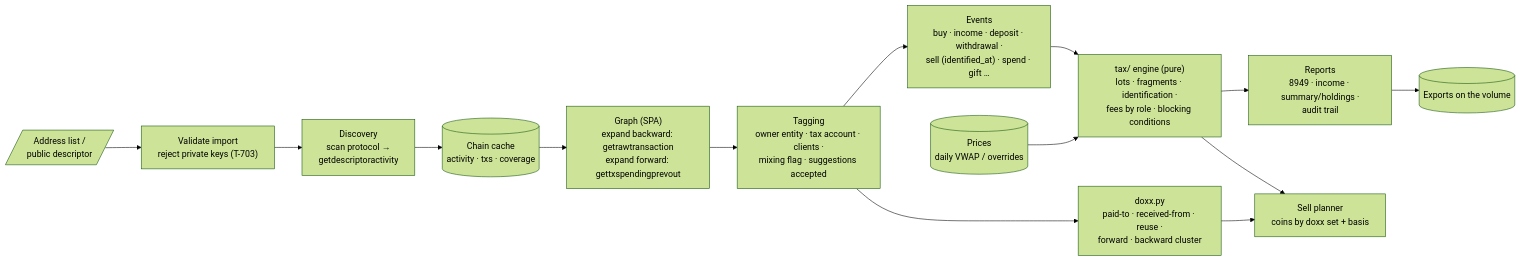
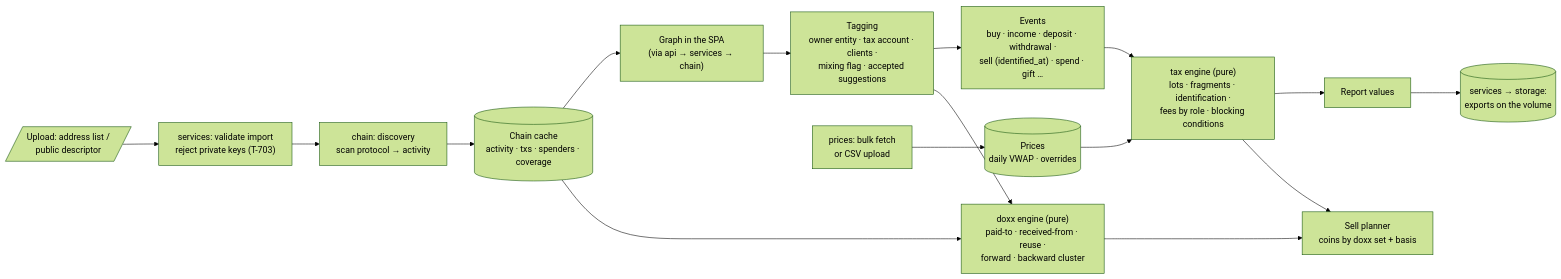
Before and after one commit to kristovatlas/coin-accounting: the fourth of 9 diagrams in docs/architecture.md, drawn with Mermaid (forest theme). The commit also changed other lines of this file and 3 other files, not shown here.

First line of the commit message:
Architecture v0.2 and aligned docs: address Opus 5.5 and Codex review of PR #5

````diff
--- a/docs/architecture.md
+++ b/docs/architecture.md
@@ -153,16 +235,18 @@
 ```mermaid
 flowchart LR
-  I1[/"Address list /<br/>public descriptor"/] --> V["Validate import<br/>reject private keys (T-703)"]
-  V --> D["Discovery<br/>scan protocol →<br/>getdescriptoractivity"]
-  D --> C[("Chain cache<br/>activity · txs · coverage")]
-  C --> G["Graph (SPA)<br/>expand backward: getrawtransaction<br/>expand forward: gettxspendingprevout"]
-  G --> T["Tagging<br/>owner entity · tax account · clients ·<br/>mixing flag · suggestions accepted"]
+  I1[/"Upload: address list /<br/>public descriptor"/] --> V["services: validate import<br/>reject private keys (T-703)"]
+  V --> D["chain: discovery<br/>scan protocol → activity"]
+  D --> C[("Chain cache<br/>activity · txs · spenders · coverage")]
+  C --> G["Graph in the SPA<br/>(via api → services → chain)"]
+  G --> T["Tagging<br/>owner entity · tax account · clients ·<br/>mixing flag · accepted suggestions"]
   T --> E["Events<br/>buy · income · deposit · withdrawal ·<br/>sell (identified_at) · spend · gift …"]
-  P[("Prices<br/>daily VWAP / overrides")] --> L
-  E --> L["tax/ engine (pure)<br/>lots · fragments · identification ·<br/>fees by role · blocking conditions"]
-  T --> X["doxx.py<br/>paid-to · received-from · reuse ·<br/>forward · backward cluster"]
-  L --> R["Reports<br/>8949 · income · summary/holdings ·<br/>audit trail"]
+  PF["prices: bulk fetch<br/>or CSV upload"] --> P[("Prices<br/>daily VWAP · overrides")]
+  P --> L
+  E --> L["tax engine (pure)<br/>lots · fragments · identification ·<br/>fees by role · blocking conditions"]
+  C --> X
+  T --> X["doxx engine (pure)<br/>paid-to · received-from · reuse ·<br/>forward · backward cluster"]
+  L --> R["Report values"]
+  R --> O[("services → storage:<br/>exports on the volume")]
   X --> SP["Sell planner<br/>coins by doxx set + basis"]
   L --> SP
-  R --> O[("Exports on the volume")]
 ```
````
